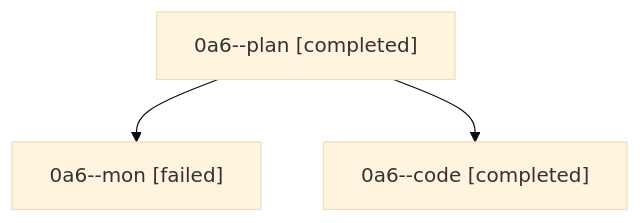
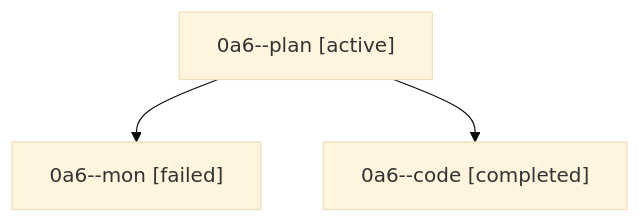
One commit to sase-org/sase--agents changed the diagram in families/bbugyi200.athena.0a6.md. Above: the diagram before and after it, drawn with Mermaid (base theme). The commit also changed other lines of this file and 35830 other files, not shown here.

````diff
--- a/families/bbugyi200.athena.0a6.md
+++ b/families/bbugyi200.athena.0a6.md
@@ -9,8 +9,8 @@
 ```mermaid
 flowchart TD
-  n0["0a6--plan [completed]"]
+  n0["0a6--plan [active]"]
   n1["0a6--mon [failed]"]
   n0 --> n1
   n2["0a6--code [completed]"]
   n0 --> n2
 ```
````
